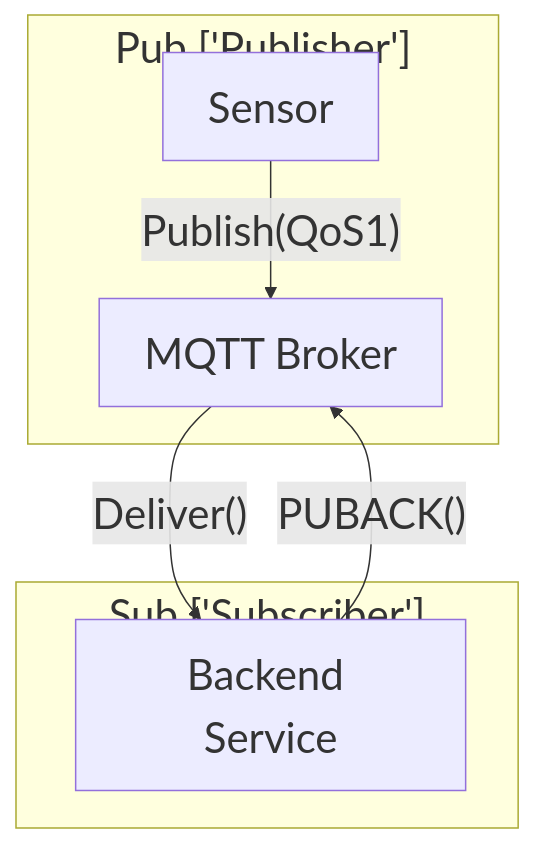
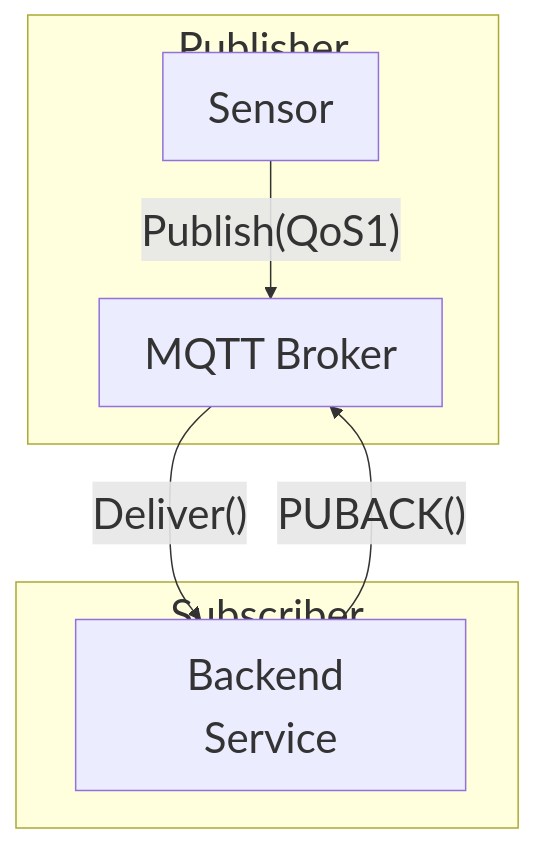
The diagram in skills/embedded-systems/iot-protocols/SKILL.md (j4flmao/agent-skills), drawn with Mermaid before and after one commit. The commit also changed 38 other files, not shown here.

Commit message:
style(skills): Add padding to Mermaid subgraphs to prevent label overlap with nodes

````diff
--- a/skills/embedded-systems/iot-protocols/SKILL.md
+++ b/skills/embedded-systems/iot-protocols/SKILL.md
@@ -7,11 +7,11 @@
 ```mermaid
 %%{init: {"theme": "default", "themeVariables": {"fontSize": "28px"}, "flowchart": {"useMaxWidth": false}}}%%
 flowchart TD
-    subgraph PubPublisher ["Pub ['Publisher']"]
+    subgraph PubPublisher ["Publisher<br/>"]
         A[Sensor] -->|"Publish(QoS1)"| B[MQTT Broker]
     end
-    subgraph SubSubscriber ["Sub ['Subscriber']"]
+    subgraph SubSubscriber ["Subscriber<br/>"]
         B -->|"Deliver()"| C[Backend Service]
         C -->|"PUBACK()"| B
     end
 ```
````
